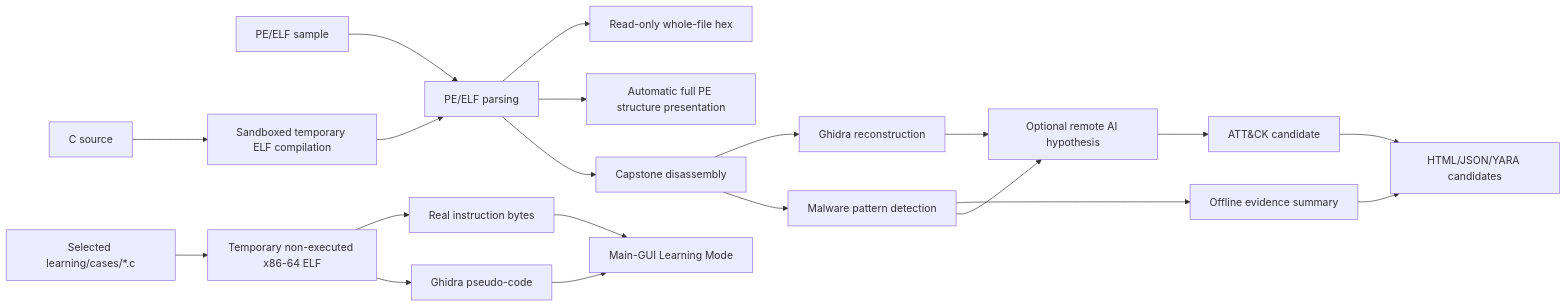
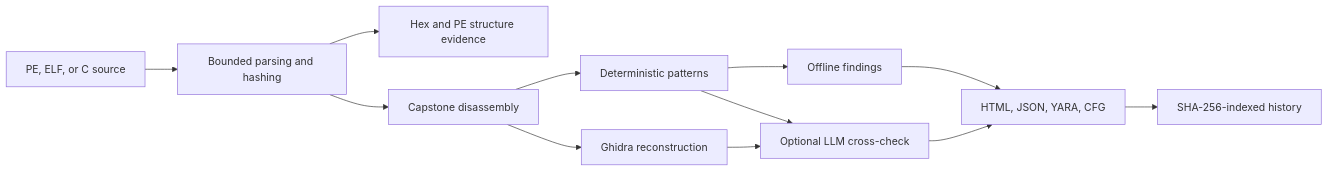
Before and after one commit to anpa1200/AIDebug: the diagram in README.md, drawn with Mermaid. The commit also changed other lines of this file, not shown here.

````diff
--- a/README.md
+++ b/README.md
@@ -622,22 +226,14 @@
 ```mermaid
 flowchart LR
-  Sample[PE/ELF sample] --> Parse[PE/ELF parsing]
-  Parse --> HexView[Read-only whole-file hex]
-  Parse --> PEView[Automatic full PE structure presentation]
-  Source[C source] --> Compile[Sandboxed temporary ELF compilation]
-  Compile --> Parse
-  Lesson[Selected learning/cases/*.c] --> LearnCompile[Temporary non-executed x86-64 ELF]
-  LearnCompile --> LearnDisasm[Real instruction bytes]
-  LearnCompile --> LearnGhidra[Ghidra pseudo-code]
-  LearnDisasm --> LearnGUI[Main-GUI Learning Mode]
-  LearnGhidra --> LearnGUI
+  Input[PE, ELF, or C source] --> Parse[Bounded parsing and hashing]
+  Parse --> Structure[Hex and PE structure evidence]
   Parse --> Disasm[Capstone disassembly]
+  Disasm --> Patterns[Deterministic patterns]
   Disasm --> Ghidra[Ghidra reconstruction]
-  Disasm --> Patterns[Malware pattern detection]
-  Patterns --> Offline[Offline evidence summary]
-  Patterns --> Remote[Optional remote AI hypothesis]
-  Ghidra --> Remote
-  Remote --> Attack[ATT&CK candidate]
-  Offline --> Report[HTML/JSON/YARA candidates]
-  Attack --> Report
+  Patterns --> Offline[Offline findings]
+  Patterns --> AI[Optional LLM cross-check]
+  Ghidra --> AI
+  Offline --> Reports[HTML, JSON, YARA, CFG]
+  AI --> Reports
+  Reports --> History[SHA-256-indexed history]
 ```
````
